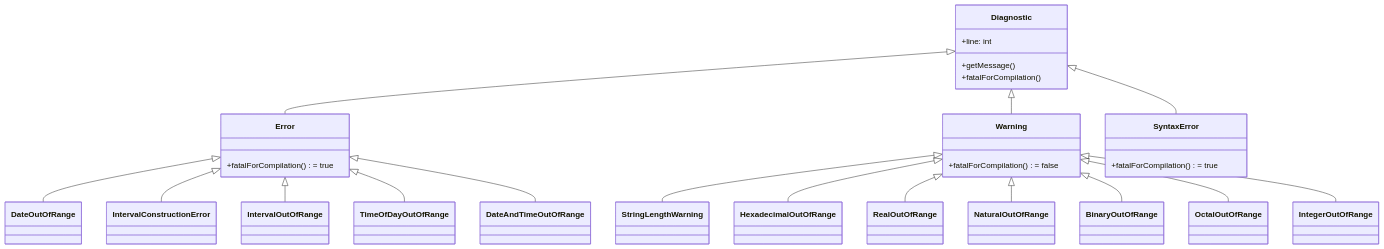
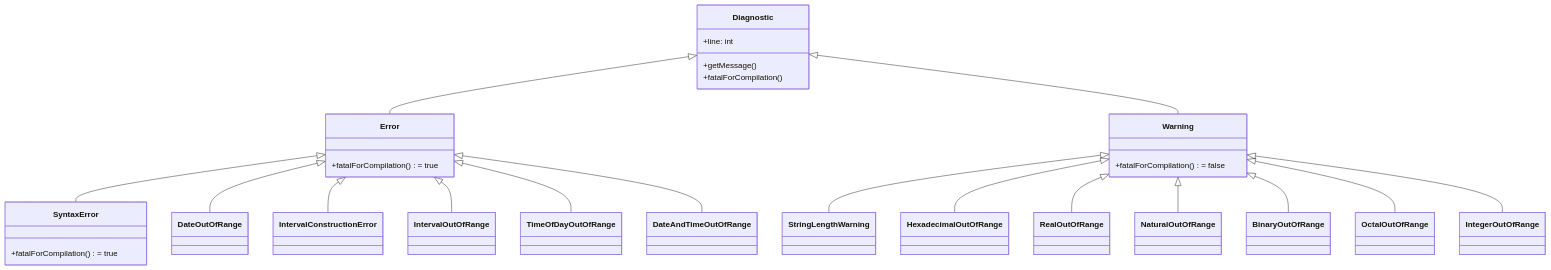
The fourth of 4 diagrams in doc/modules/utils.md (PascalUser/FLC-IEC61131-7), drawn with Mermaid before and after one commit. The commit also changed other lines of this file and 75 other files, not shown here.

````diff
--- a/doc/modules/utils.md
+++ b/doc/modules/utils.md
@@ -207,34 +214,34 @@
 ```mermaid
 classDiagram
     class Diagnostic {
         +line: int
         +getMessage()
         +fatalForCompilation()
     }
     class Error {
         +fatalForCompilation() = true
     }
     class Warning {
         +fatalForCompilation() = false
     }
     class SyntaxError {
         +fatalForCompilation() = true
     }
     Diagnostic <|-- Error
     Diagnostic <|-- Warning
-    Diagnostic <|-- SyntaxError
+    Error <|-- SyntaxError
 
     Error <|-- DateOutOfRange
     Error <|-- IntervalConstructionError
     Error <|-- IntervalOutOfRange
     Error <|-- TimeOfDayOutOfRange
     Error <|-- DateAndTimeOutOfRange
 
     Warning <|-- StringLengthWarning
     Warning <|-- HexadecimalOutOfRange
     Warning <|-- RealOutOfRange
     Warning <|-- NaturalOutOfRange
     Warning <|-- BinaryOutOfRange
     Warning <|-- OctalOutOfRange
     Warning <|-- IntegerOutOfRange
 ```
````
